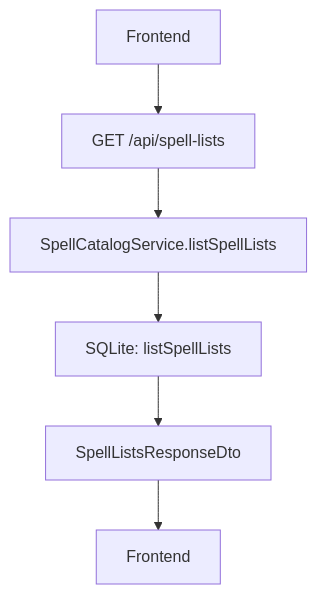
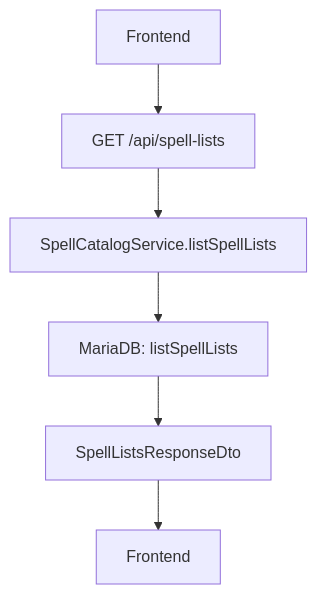
One commit to albertinizao/Grimorio-Pathfinder changed the fourth of 18 diagrams in docs/09-diagramas-flujos-secuencia.md. Above: the diagram before and after it, drawn with Mermaid. The commit also changed other lines of this file and 52 other files, not shown here.

````diff
--- a/docs/09-diagramas-flujos-secuencia.md
+++ b/docs/09-diagramas-flujos-secuencia.md
@@ -121,8 +121,8 @@
 ```mermaid
 flowchart TD
   A[Frontend] --> B[GET /api/spell-lists]
   B --> C[SpellCatalogService.listSpellLists]
-  C --> D[SQLite: listSpellLists]
+  C --> D[MariaDB: listSpellLists]
   D --> E[SpellListsResponseDto]
   E --> F[Frontend]
 ```
````
